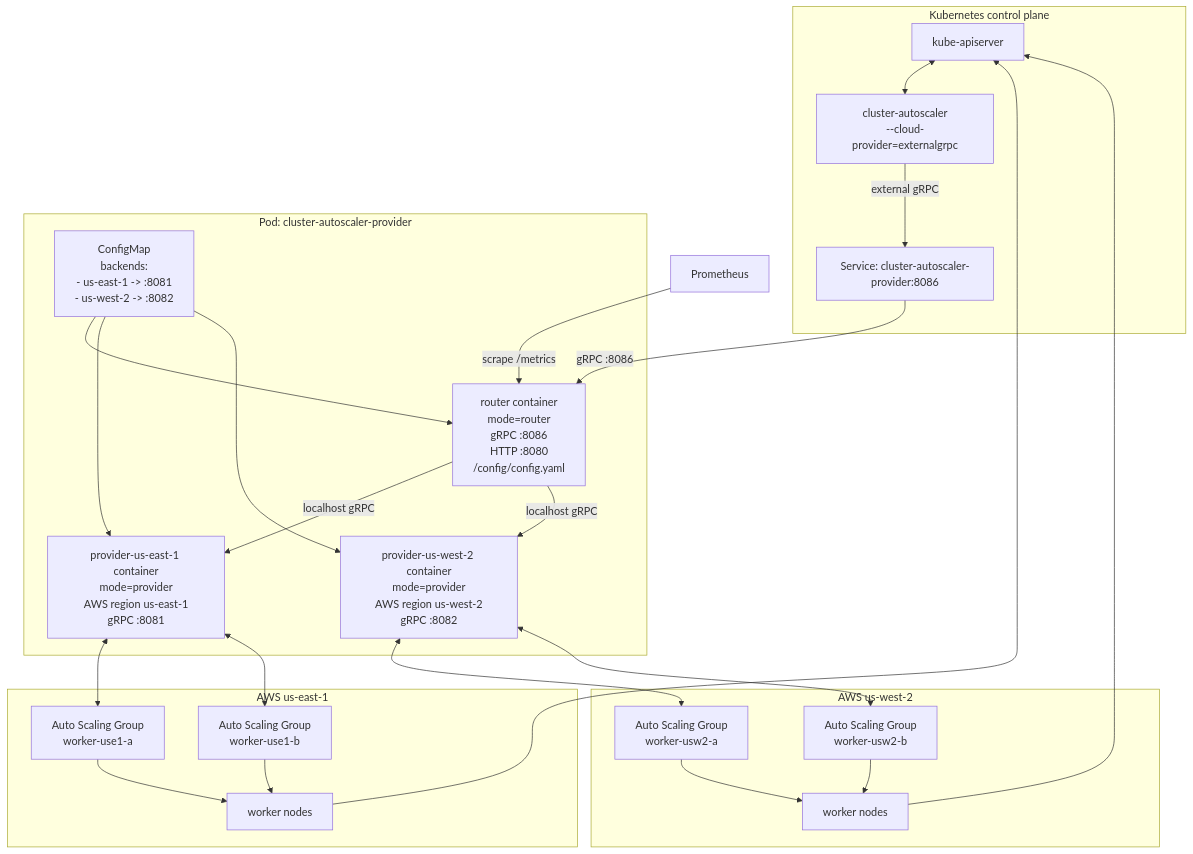
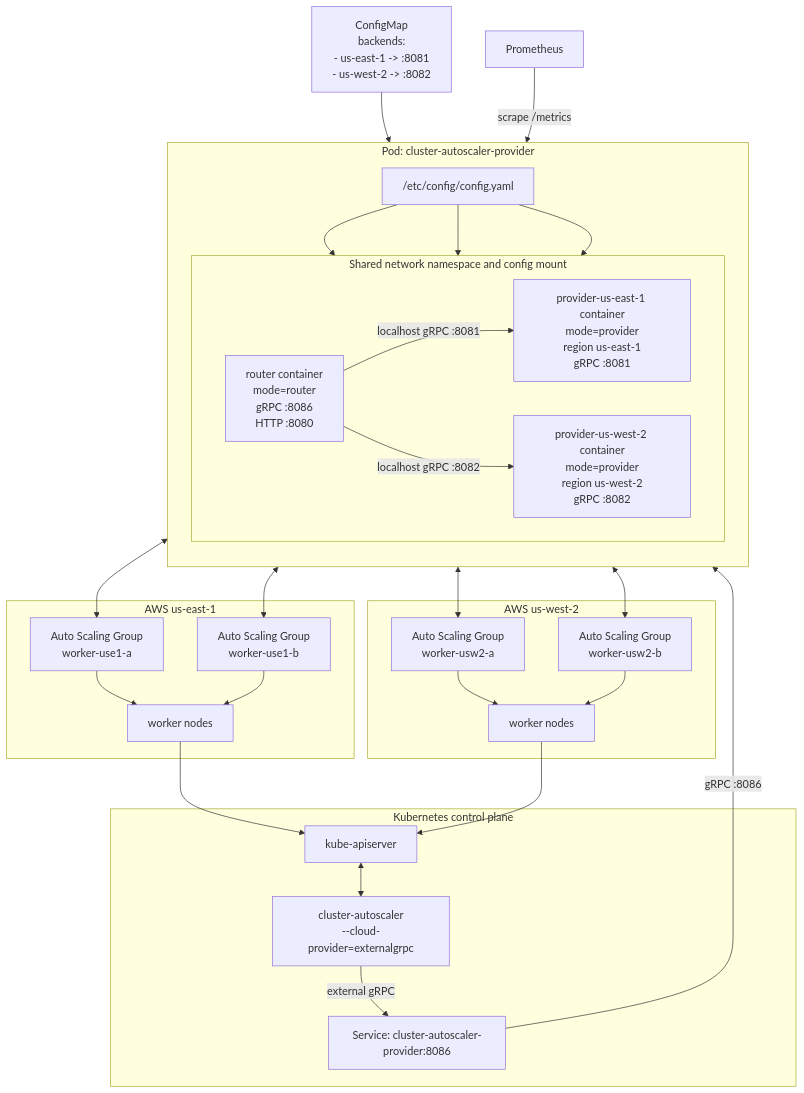
One commit to benturnkey/region-cluster-autoscaler changed the diagram in cluster-autoscaler-provider-gateway.md. Above: the diagram before and after it, drawn with Mermaid. The commit also changed other lines of this file, not shown here.

````diff
--- a/cluster-autoscaler-provider-gateway.md
+++ b/cluster-autoscaler-provider-gateway.md
@@ -46,52 +46,62 @@
 ```mermaid
 flowchart TB
   subgraph cp["Kubernetes control plane"]
     api["kube-apiserver"]
     ca["cluster-autoscaler\n--cloud-provider=externalgrpc"]
     svc["Service: cluster-autoscaler-provider:8086"]
 
     api <--> ca
     ca -- "external gRPC" --> svc
   end
 
+  cfg["ConfigMap\nbackends:\n- us-east-1 -> :8081\n- us-west-2 -> :8082"]
+
   subgraph pod["Pod: cluster-autoscaler-provider"]
-    router["router container\nmode=router\ngRPC :8086\nHTTP :8080\n/config/config.yaml"]
-    cfg["ConfigMap\nbackends:\n- us-east-1 -> :8081\n- us-west-2 -> :8082"]
-    use1_provider["provider-us-east-1 container\nmode=provider\nAWS region us-east-1\ngRPC :8081"]
-    usw2_provider["provider-us-west-2 container\nmode=provider\nAWS region us-west-2\ngRPC :8082"]
+    direction TB
 
-    svc -- "gRPC :8086" --> router
-    cfg --> router
-    cfg --> use1_provider
-    cfg --> usw2_provider
-    router -- "localhost gRPC" --> use1_provider
-    router -- "localhost gRPC" --> usw2_provider
+    subgraph shared["Shared network namespace and config mount"]
+      direction LR
+      router["router container\nmode=router\ngRPC :8086\nHTTP :8080"]
+      use1_provider["provider-us-east-1 container\nmode=provider\nregion us-east-1\ngRPC :8081"]
+      usw2_provider["provider-us-west-2 container\nmode=provider\nregion us-west-2\ngRPC :8082"]
+    end
+
+    mount["/etc/config/config.yaml"]
+
+    mount --> router
+    mount --> use1_provider
+    mount --> usw2_provider
+    router -- "localhost gRPC :8081" --> use1_provider
+    router -- "localhost gRPC :8082" --> usw2_provider
   end
+
+  cfg --> mount
+  svc -- "gRPC :8086" --> router
 
   subgraph aws_use1["AWS us-east-1"]
     use1_asg_a["Auto Scaling Group\nworker-use1-a"]
     use1_asg_b["Auto Scaling Group\nworker-use1-b"]
     use1_nodes["worker nodes"]
 
     use1_provider <--> use1_asg_a
     use1_provider <--> use1_asg_b
     use1_asg_a --> use1_nodes
     use1_asg_b --> use1_nodes
     use1_nodes --> api
   end
 
   subgraph aws_usw2["AWS us-west-2"]
     usw2_asg_a["Auto Scaling Group\nworker-usw2-a"]
     usw2_asg_b["Auto Scaling Group\nworker-usw2-b"]
     usw2_nodes["worker nodes"]
 
     usw2_provider <--> usw2_asg_a
     usw2_provider <--> usw2_asg_b
     usw2_asg_a --> usw2_nodes
     usw2_asg_b --> usw2_nodes
     usw2_nodes --> api
   end
 
   prom["Prometheus"]
   prom -- "scrape /metrics" --> router
 ```
````
